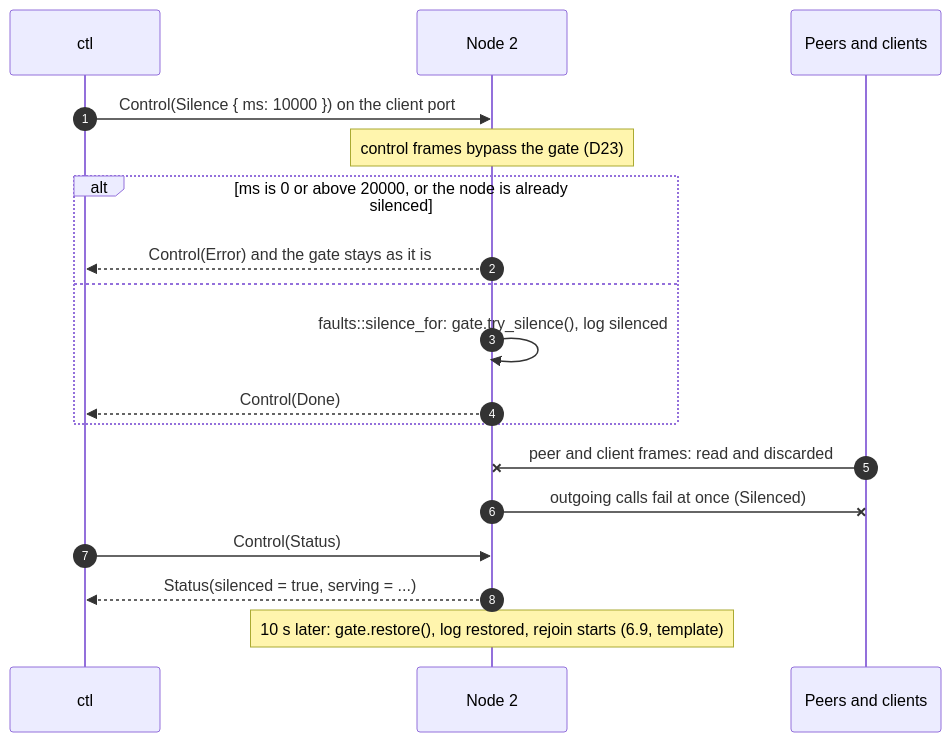
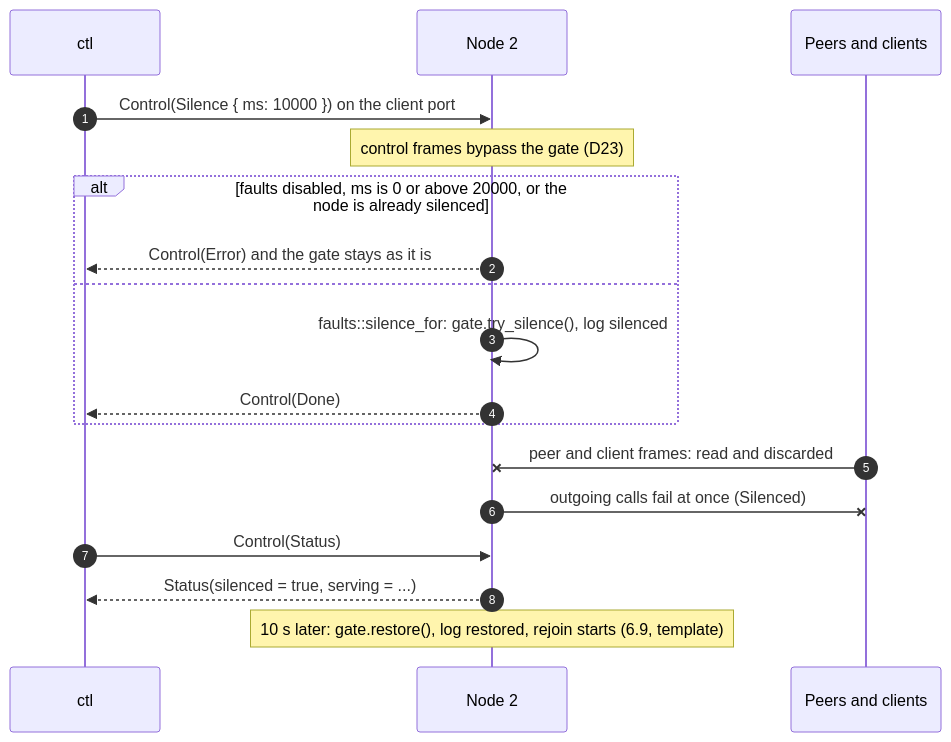
One commit to noortaytoy1/DistributedSystems changed diagram 16 of 26 in docs/architecture.md. Above: the diagram before and after it, drawn with Mermaid. The commit also changed other lines of this file and 10 other files, not shown here.

````diff
--- a/docs/architecture.md
+++ b/docs/architecture.md
@@ -598,20 +598,20 @@
 ```mermaid
 sequenceDiagram
     autonumber
     participant OP as ctl
     participant N as Node 2
     participant P as Peers and clients
     OP->>N: Control(Silence { ms: 10000 }) on the client port
     Note over N: control frames bypass the gate (D23)
-    alt ms is 0 or above 20000, or the node is already silenced
+    alt faults disabled, ms is 0 or above 20000, or the node is already silenced
         N-->>OP: Control(Error) and the gate stays as it is
     else
         N->>N: faults::silence_for: gate.try_silence(), log silenced
         N-->>OP: Control(Done)
     end
     P-xN: peer and client frames: read and discarded
     N-xP: outgoing calls fail at once (Silenced)
     OP->>N: Control(Status)
     N-->>OP: Status(silenced = true, serving = ...)
     Note over N: 10 s later: gate.restore(), log restored, rejoin starts (6.9, template)
 ```
````
